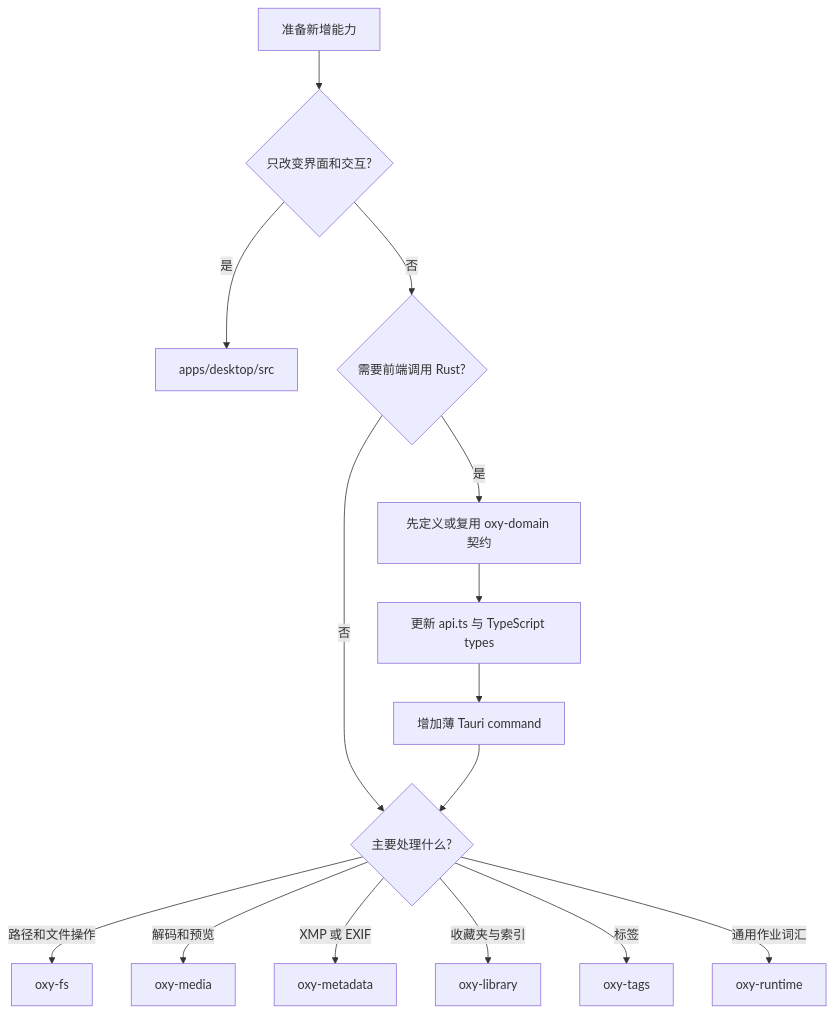
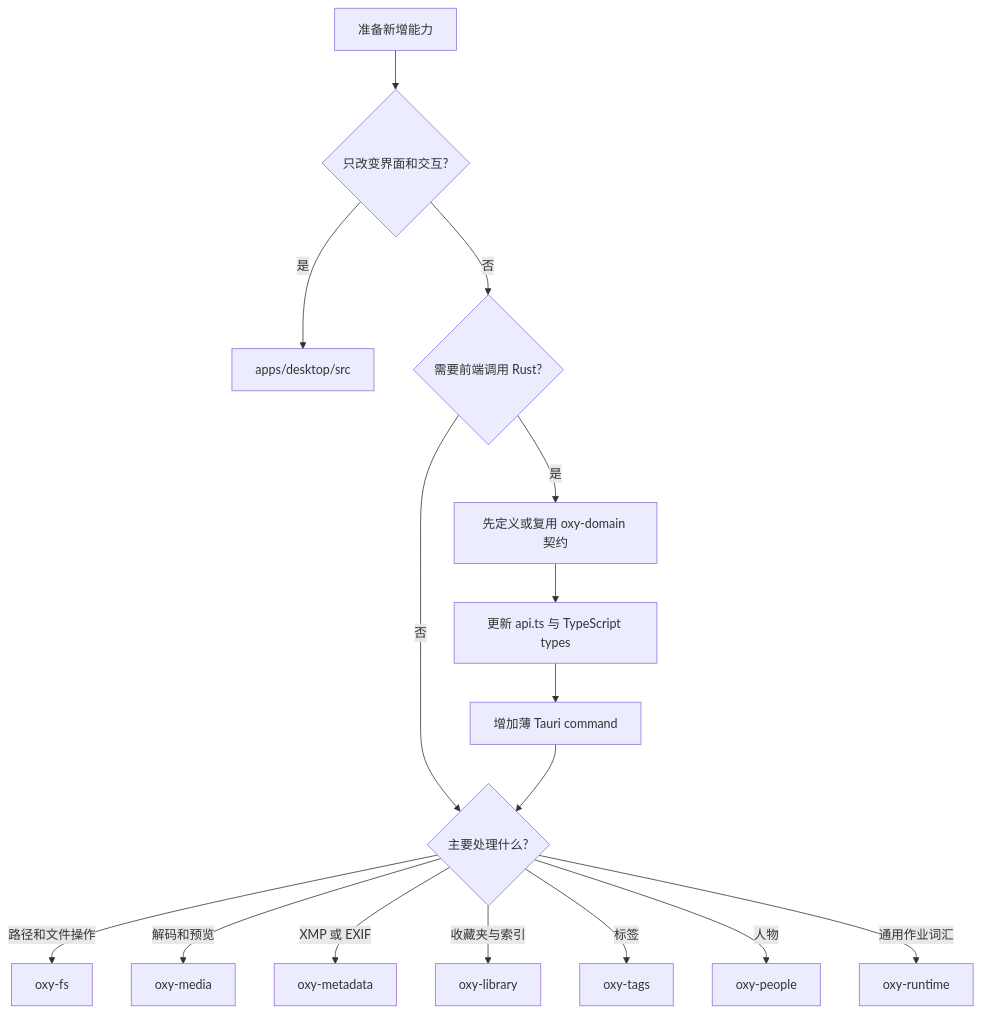
The first of 3 diagrams in docs/architecture/06-extension-guide.md (oxygenkun/oxyviewer), drawn with Mermaid before and after one commit. The commit also changed other lines of this file and 39 other files, not shown here.

````diff
--- a/docs/architecture/06-extension-guide.md
+++ b/docs/architecture/06-extension-guide.md
@@ -8,17 +8,18 @@
 ```mermaid
 flowchart TD
     change["准备新增能力"] --> uiOnly{只改变界面和交互?}
     uiOnly -->|是| frontend["apps/desktop/src"]
     uiOnly -->|否| crossBoundary{需要前端调用 Rust?}
     crossBoundary -->|是| domainFirst["先定义或复用 oxy-domain 契约"]
     crossBoundary -->|否| rustArea{主要处理什么?}
     domainFirst --> apiWrapper["更新 api.ts 与 TypeScript types"]
     apiWrapper --> thinCommand["增加薄 Tauri command"]
     thinCommand --> rustArea
     rustArea -->|路径和文件操作| fsCrate["oxy-fs"]
     rustArea -->|解码和预览| mediaCrate["oxy-media"]
     rustArea -->|XMP 或 EXIF| metadataCrate["oxy-metadata"]
     rustArea -->|收藏夹与索引| libraryCrate["oxy-library"]
     rustArea -->|标签| tagsCrate["oxy-tags"]
+    rustArea -->|人物| peopleCrate["oxy-people"]
     rustArea -->|通用作业词汇| runtimeCrate["oxy-runtime"]
 ```
````
